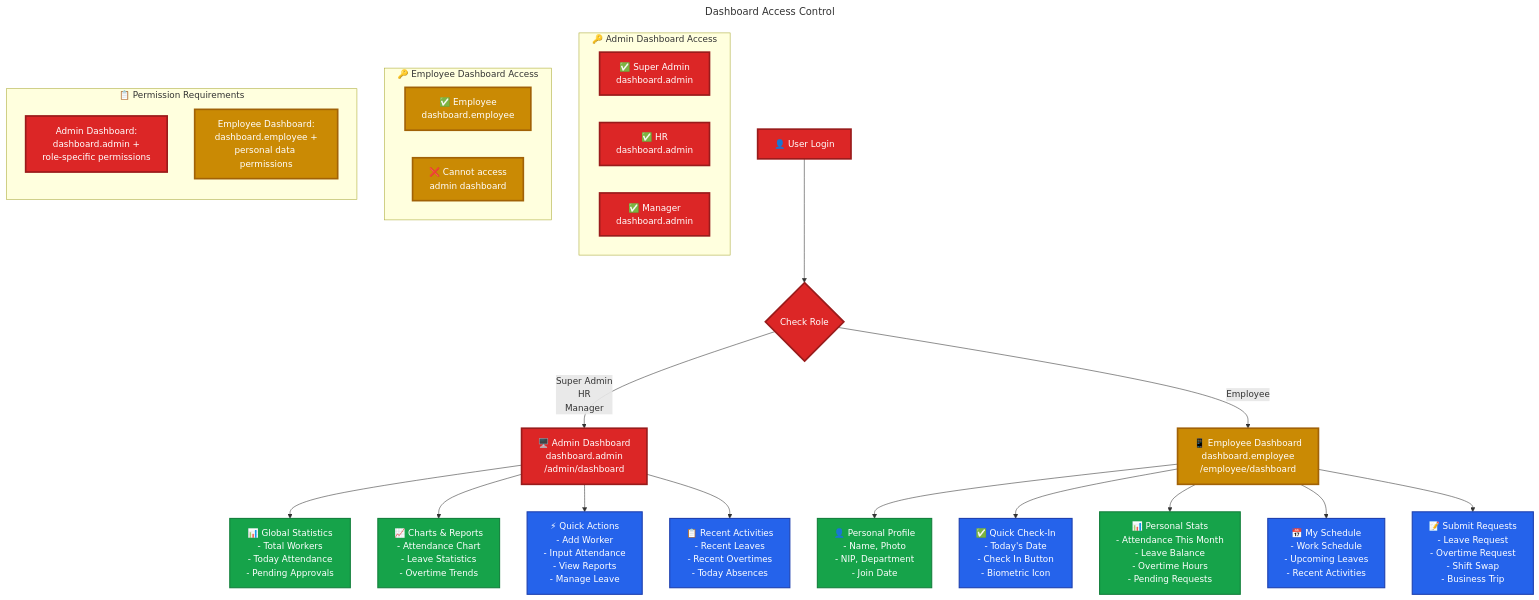
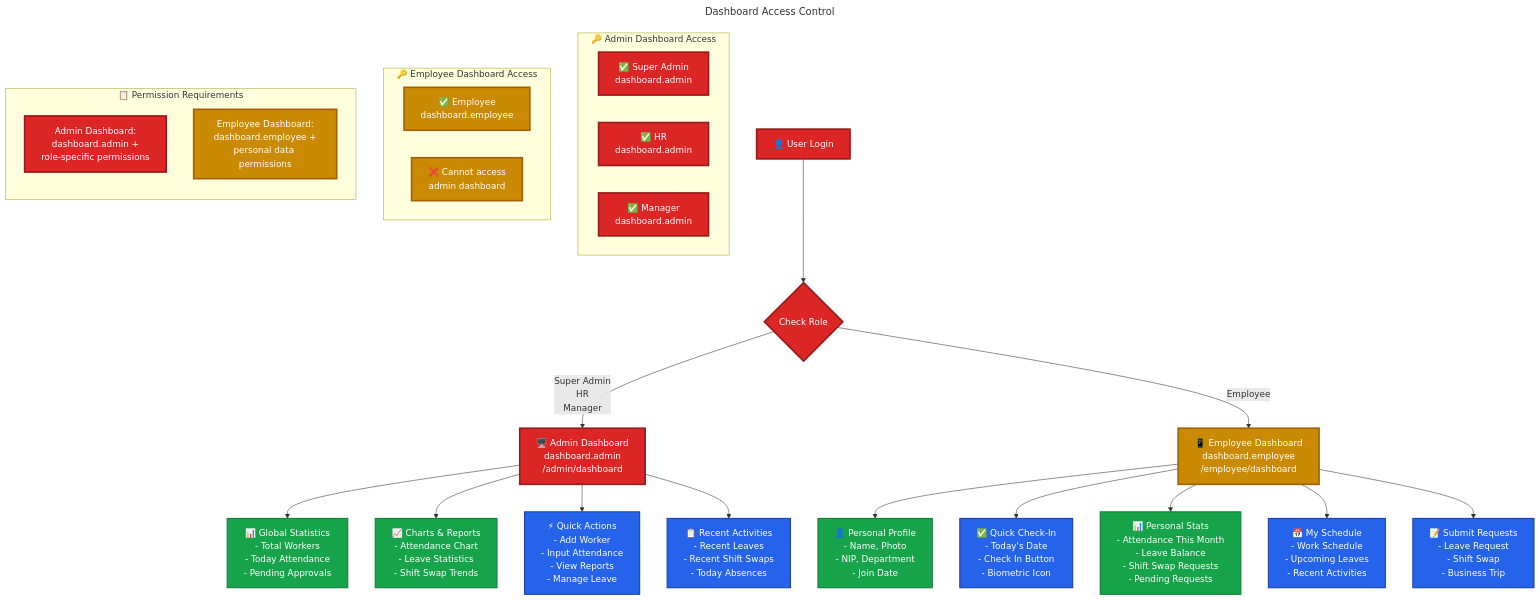
One commit to SulaimanHafi23/SimpegRSHDI changed the diagram in docs/dashboard-access.mermaid. Above: the diagram before and after it, drawn with Mermaid. The commit also changed 183 other files, not shown here.

First line of the commit message:
feat(ui): standarisasi approval flow, gabungkan kalender ke jadwal, dan rapikan modul employee

````diff
--- a/docs/dashboard-access.mermaid
+++ b/docs/dashboard-access.mermaid
@@ -1,57 +1,57 @@
 ```mermaid
 ---
 title: Dashboard Access Control
 ---
 flowchart TB
     %% Styles
     classDef admin fill:#dc2626,stroke:#991b1b,color:#fff,stroke-width:3px
     classDef employee fill:#ca8a04,stroke:#a16207,color:#fff,stroke-width:3px
     classDef feature fill:#2563eb,stroke:#1e40af,color:#fff,stroke-width:2px
     classDef stats fill:#16a34a,stroke:#15803d,color:#fff,stroke-width:2px
-    
+
     %% Main Entry
     USER["👤 User Login"]:::admin
-    
+
     %% Role Check
     USER --> CHECK{"Check Role"}:::admin
-    
+
     %% Admin Dashboard Path
     CHECK -->|"Super Admin<br/>HR<br/>Manager"| ADMIN_DASH["🖥️ Admin Dashboard<br/>dashboard.admin<br/>/admin/dashboard"]:::admin
-    
+
     %% Employee Dashboard Path
     CHECK -->|"Employee"| EMP_DASH["📱 Employee Dashboard<br/>dashboard.employee<br/>/employee/dashboard"]:::employee
-    
+
     %% Admin Dashboard Features
     ADMIN_DASH --> ADMIN_FEAT1["📊 Global Statistics<br/>- Total Workers<br/>- Today Attendance<br/>- Pending Approvals"]:::stats
-    ADMIN_DASH --> ADMIN_FEAT2["📈 Charts & Reports<br/>- Attendance Chart<br/>- Leave Statistics<br/>- Overtime Trends"]:::stats
+    ADMIN_DASH --> ADMIN_FEAT2["📈 Charts & Reports<br/>- Attendance Chart<br/>- Leave Statistics<br/>- Shift Swap Trends"]:::stats
     ADMIN_DASH --> ADMIN_FEAT3["⚡ Quick Actions<br/>- Add Worker<br/>- Input Attendance<br/>- View Reports<br/>- Manage Leave"]:::feature
-    ADMIN_DASH --> ADMIN_FEAT4["📋 Recent Activities<br/>- Recent Leaves<br/>- Recent Overtimes<br/>- Today Absences"]:::feature
-    
+    ADMIN_DASH --> ADMIN_FEAT4["📋 Recent Activities<br/>- Recent Leaves<br/>- Recent Shift Swaps<br/>- Today Absences"]:::feature
+
     %% Employee Dashboard Features
     EMP_DASH --> EMP_FEAT1["👤 Personal Profile<br/>- Name, Photo<br/>- NIP, Department<br/>- Join Date"]:::stats
     EMP_DASH --> EMP_FEAT2["✅ Quick Check-In<br/>- Today's Date<br/>- Check In Button<br/>- Biometric Icon"]:::feature
-    EMP_DASH --> EMP_FEAT3["📊 Personal Stats<br/>- Attendance This Month<br/>- Leave Balance<br/>- Overtime Hours<br/>- Pending Requests"]:::stats
+    EMP_DASH --> EMP_FEAT3["📊 Personal Stats<br/>- Attendance This Month<br/>- Leave Balance<br/>- Shift Swap Requests<br/>- Pending Requests"]:::stats
     EMP_DASH --> EMP_FEAT4["📅 My Schedule<br/>- Work Schedule<br/>- Upcoming Leaves<br/>- Recent Activities"]:::feature
-    EMP_DASH --> EMP_FEAT5["📝 Submit Requests<br/>- Leave Request<br/>- Overtime Request<br/>- Shift Swap<br/>- Business Trip"]:::feature
-    
+    EMP_DASH --> EMP_FEAT5["📝 Submit Requests<br/>- Leave Request<br/>- Shift Swap<br/>- Business Trip"]:::feature
+
     %% Access Details
     subgraph ADMIN_ACCESS["🔑 Admin Dashboard Access"]
         direction LR
         ADM1["✅ Super Admin<br/>dashboard.admin"]:::admin
         ADM2["✅ HR<br/>dashboard.admin"]:::admin
         ADM3["✅ Manager<br/>dashboard.admin"]:::admin
     end
-    
+
     subgraph EMP_ACCESS["🔑 Employee Dashboard Access"]
         direction LR
         EMP1["✅ Employee<br/>dashboard.employee"]:::employee
         EMP2["❌ Cannot access<br/>admin dashboard"]:::employee
     end
-    
+
     %% Permission Requirements
     subgraph PERMS["📋 Permission Requirements"]
         direction TB
         P1["Admin Dashboard:<br/>dashboard.admin +<br/>role-specific permissions"]:::admin
         P2["Employee Dashboard:<br/>dashboard.employee +<br/>personal data permissions"]:::employee
     end
 ```
````
